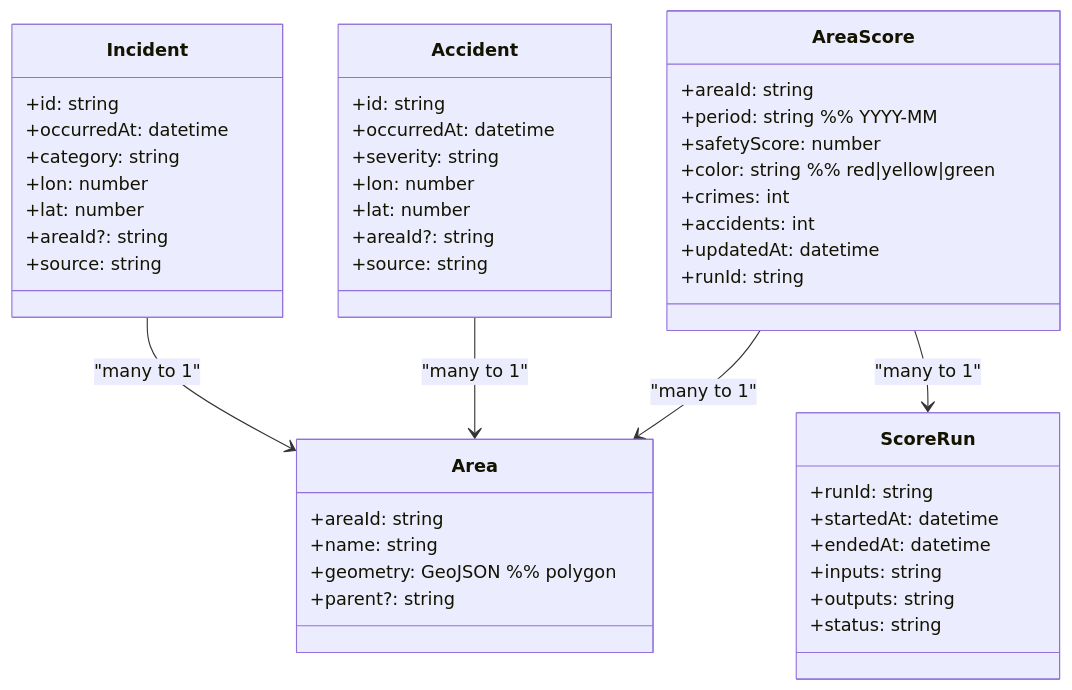
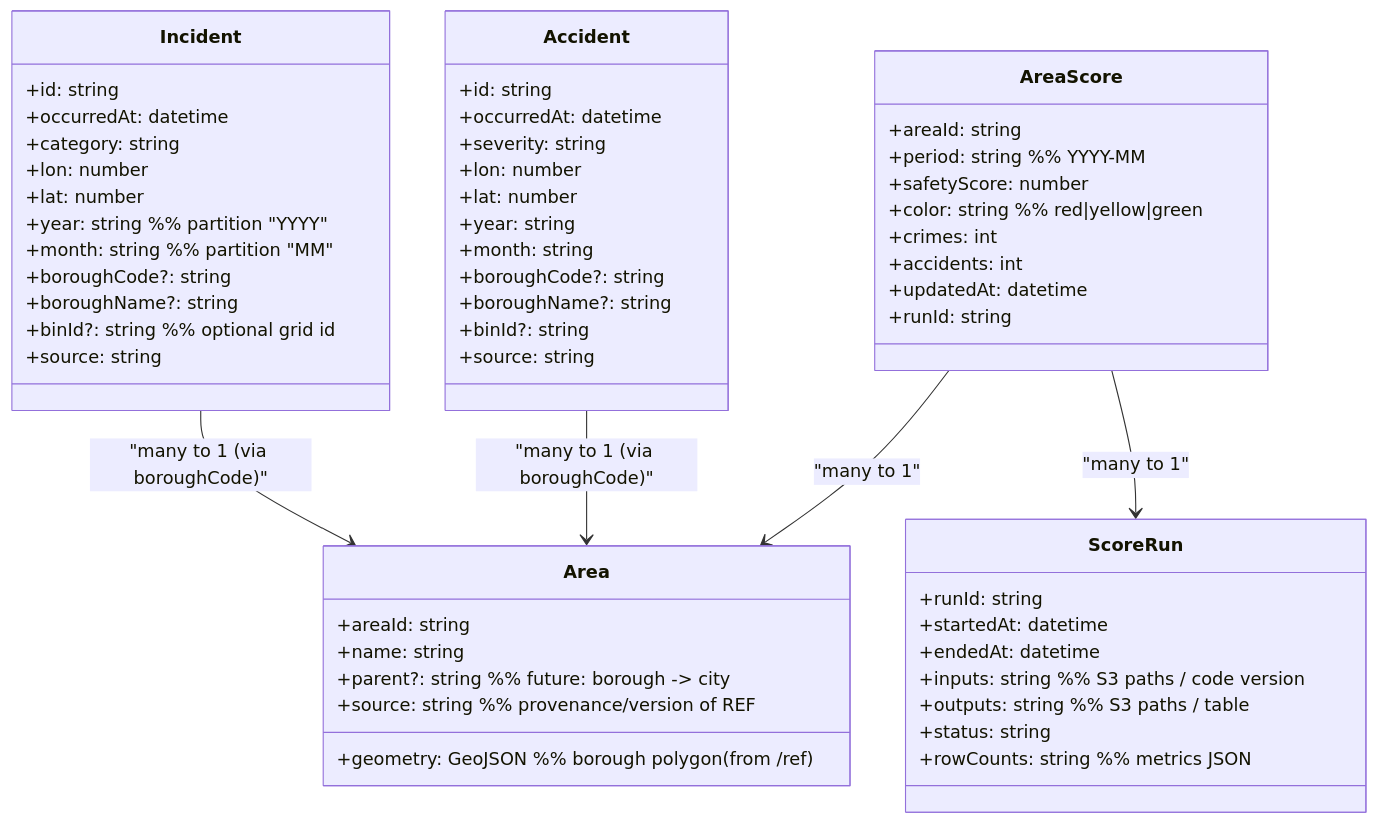
One commit to CelinZiad/UG1-Travel-Safe-COEN-424 changed the diagram in diagrams/data-model.mmd. Above: the diagram before and after it, drawn with Mermaid. The commit also changed 10 other files, not shown here.

```diff
--- a/diagrams/data-model.mmd
+++ b/diagrams/data-model.mmd
@@ -1,52 +1,62 @@
 classDiagram
   class Area {
     +areaId: string
     +name: string
-    +geometry: GeoJSON  %% polygon
-    +parent?: string
+    +geometry: GeoJSON   %% borough polygon (from /ref)
+    +parent?: string     %% future: borough -> city
+    +source: string      %% provenance/version of REF
   }
 
   class Incident {
     +id: string
     +occurredAt: datetime
     +category: string
     +lon: number
     +lat: number
-    +areaId?: string
+    +year: string        %% partition "YYYY"
+    +month: string       %% partition "MM"
+    +boroughCode?: string
+    +boroughName?: string
+    +binId?: string      %% optional grid id
     +source: string
   }
 
   class Accident {
     +id: string
     +occurredAt: datetime
     +severity: string
     +lon: number
     +lat: number
-    +areaId?: string
+    +year: string
+    +month: string
+    +boroughCode?: string
+    +boroughName?: string
+    +binId?: string
     +source: string
   }
 
   class ScoreRun {
     +runId: string
     +startedAt: datetime
     +endedAt: datetime
-    +inputs: string
-    +outputs: string
+    +inputs: string      %% S3 paths / code version
+    +outputs: string     %% S3 paths / table
     +status: string
+    +rowCounts: string   %% metrics JSON
   }
 
   class AreaScore {
     +areaId: string
-    +period: string  %% YYYY-MM
+    +period: string      %% YYYY-MM
     +safetyScore: number
-    +color: string   %% red|yellow|green
+    +color: string       %% red|yellow|green
     +crimes: int
     +accidents: int
     +updatedAt: datetime
     +runId: string
   }
 
-  Incident --> Area : "many to 1"
-  Accident --> Area : "many to 1"
+  Incident --> Area : "many to 1 (via boroughCode)"
+  Accident --> Area : "many to 1 (via boroughCode)"
   AreaScore --> Area : "many to 1"
   AreaScore --> ScoreRun : "many to 1"
```
